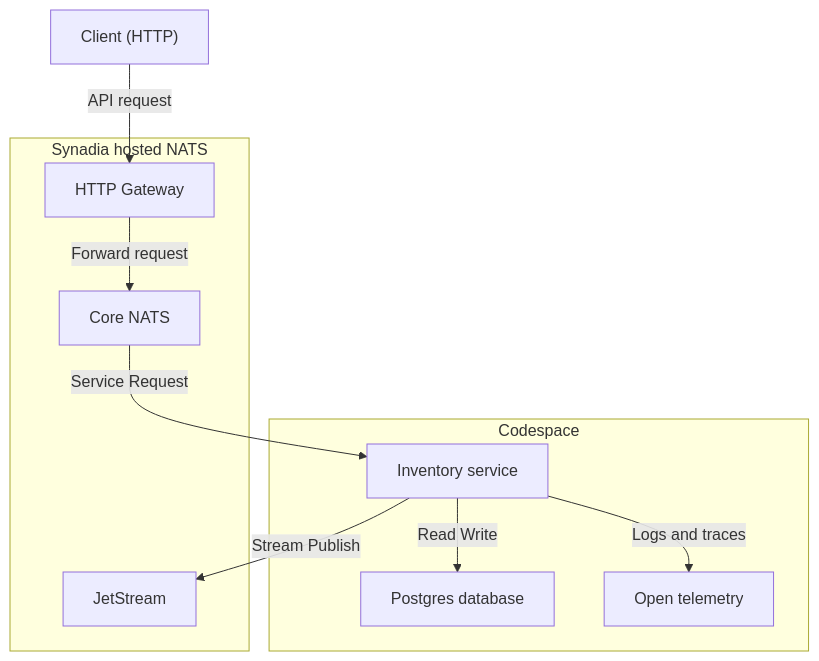
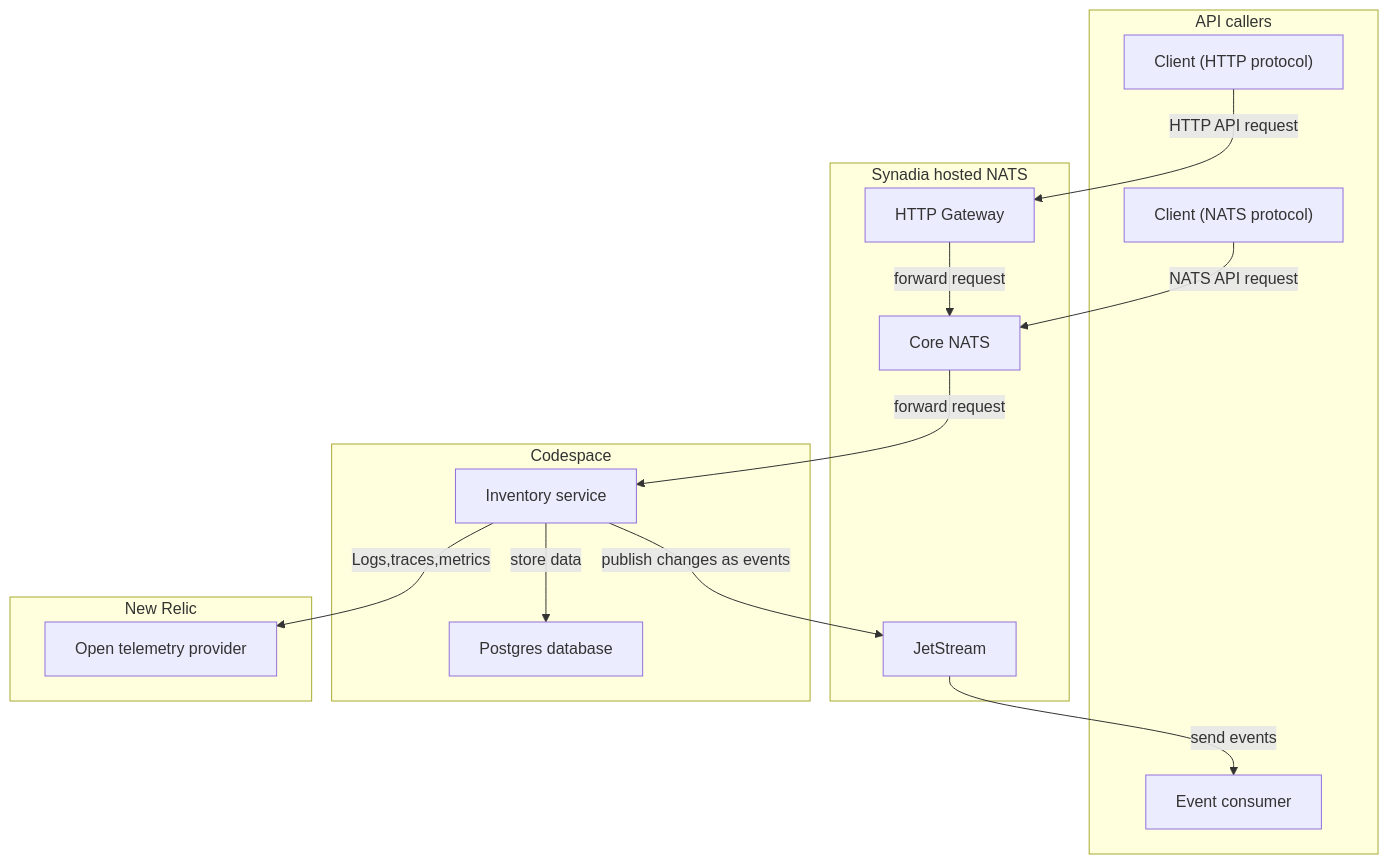
One commit to davidoram/beaker changed the first of 2 diagrams in README.md. Above: the diagram before and after it, drawn with Mermaid. The commit also changed other lines of this file and 3 other files, not shown here.

````diff
--- a/README.md
+++ b/README.md
@@ -19,20 +19,28 @@
 ```mermaid
 flowchart TD
-    A["Client (HTTP)"]
+    subgraph "API callers"
+      A["Client (HTTP protocol)"]
+      B["Client (NATS protocol)"]
+      EC["Event consumer"]
+    end
     subgraph "Synadia hosted NATS"
         N0["HTTP Gateway"]
         N2["Core NATS"]
         N1["JetStream"]
     end
     subgraph "Codespace"
         C["Inventory service"]
         D["Postgres database"]
-        E["Open telemetry"]
     end
-    A --> |API request| N0
-    N0 -->|Forward request| N2
-    N2 -->|Service Request| C
-    C -->|Read Write| D
-    C -->|Stream Publish| N1
-    C -->|Logs and traces| E
+    subgraph "New Relic"
+        E["Open telemetry provider"]
+    end
+    A --> |HTTP API request| N0
+    N0 -->|forward request| N2
+    N2 -->|forward request| C
+    B --> |NATS API request| N2
+    C -->|store data| D
+    C -->|publish changes as events| N1
+    N1 -->|send events| EC
+    C -->|Logs,traces,metrics| E
 ```
````
